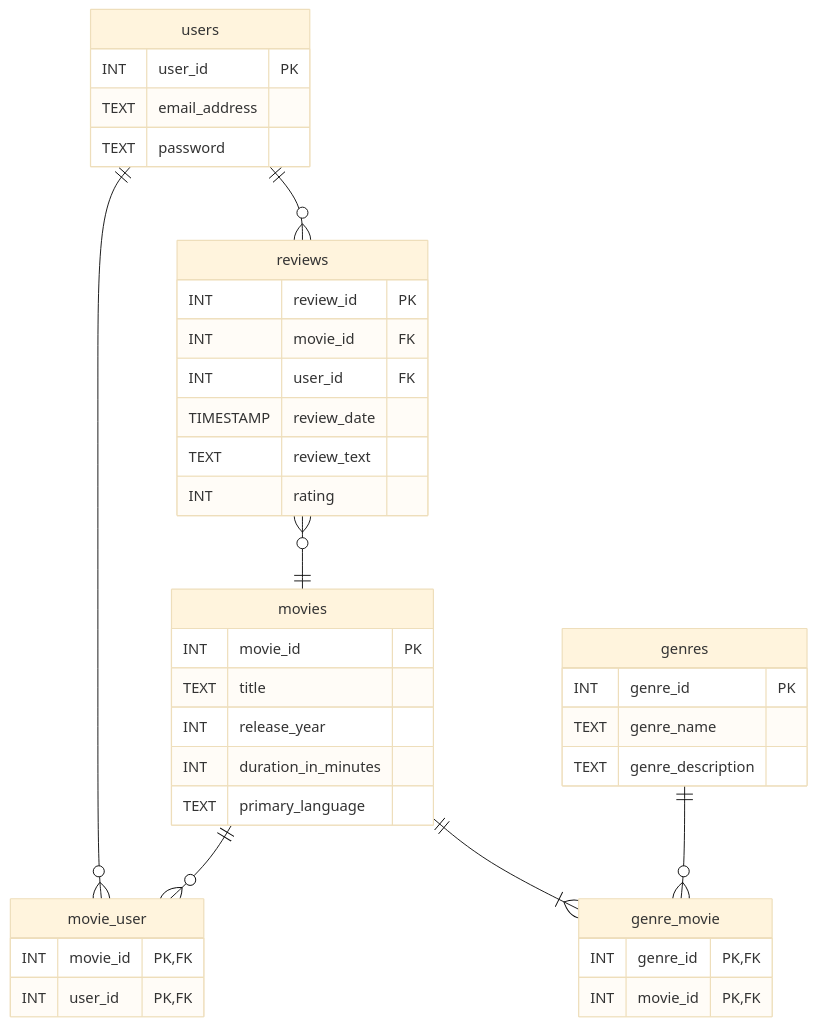
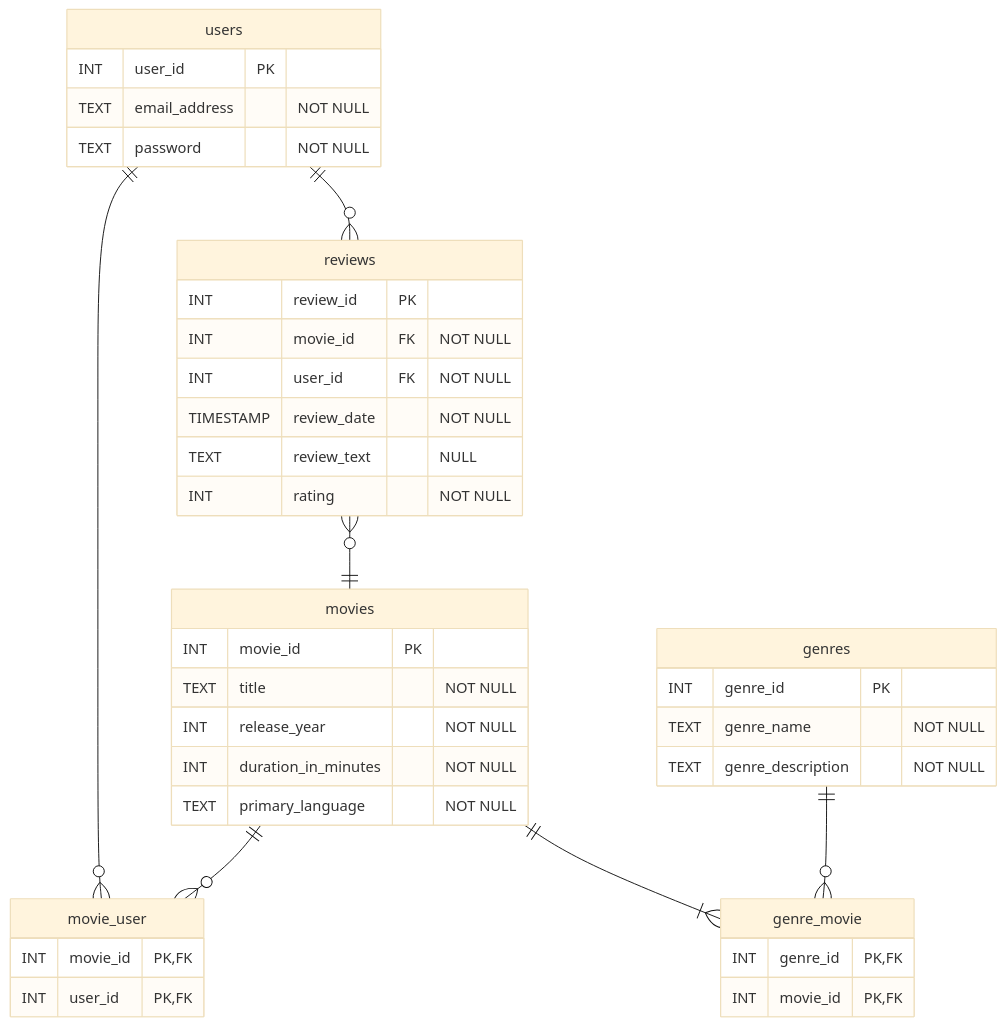
Before and after one commit to mmantle-hud/githubpages: the second of 3 diagrams in module_4_database_design/4.1_the_database_design_process/4.1.1_notes_the_database_design_process.md, drawn with Mermaid (base theme). The commit also changed other lines of this file and 6 other files, not shown here.

```diff
--- a/module_4_database_design/4.1_the_database_design_process/4.1.1_notes_the_database_design_process.md
+++ b/module_4_database_design/4.1_the_database_design_process/4.1.1_notes_the_database_design_process.md
@@ -204,44 +204,44 @@
 <pre class="mermaid">
 erDiagram
     accTitle: Logical model for the My Movie database.
     accDescr: Logical model showing User, Review, Movie and Genre entities.
     users ||--o{ reviews : ""
     users ||--o{ movie_user : ""
     movies ||--o{ movie_user : ""
     reviews }o--|| movies : ""
     movies ||--|{ genre_movie : ""
     genres ||--o{ genre_movie : ""
     users {
         INT user_id PK
-        TEXT email_address
-        TEXT password
+        TEXT email_address "NOT NULL"
+        TEXT password  "NOT NULL"
     }
     movie_user{
         INT movie_id PK, FK
         INT user_id PK, FK
     }
     movies {
         INT movie_id PK
-        TEXT title
-        INT release_year
-        INT duration_in_minutes
-        TEXT primary_language
+        TEXT title "NOT NULL"
+        INT release_year "NOT NULL"
+        INT duration_in_minutes "NOT NULL"
+        TEXT primary_language "NOT NULL"
     }
     reviews {
         INT review_id PK
-        INT movie_id FK
-        INT user_id FK
-        TIMESTAMP review_date
-        TEXT review_text
-        INT rating
+        INT movie_id FK "NOT NULL"
+        INT user_id FK "NOT NULL"
+        TIMESTAMP review_date "NOT NULL"
+        TEXT review_text "NULL"
+        INT rating "NOT NULL"
     }
     genre_movie{
         INT genre_id PK, FK
         INT movie_id PK, FK
     }
     genres{
         INT genre_id PK
-        TEXT genre_name
-        TEXT genre_description
+        TEXT genre_name  "NOT NULL"
+        TEXT genre_description  "NOT NULL"
     }
 </pre>
```
